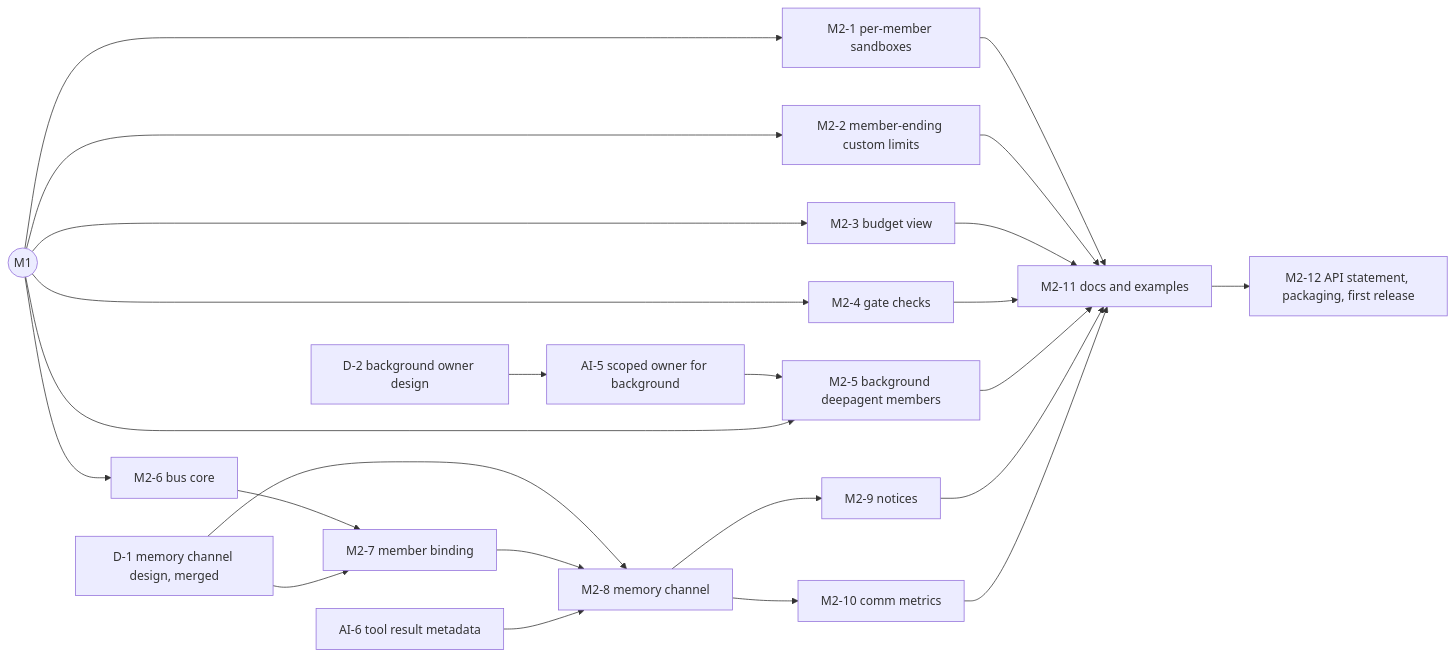
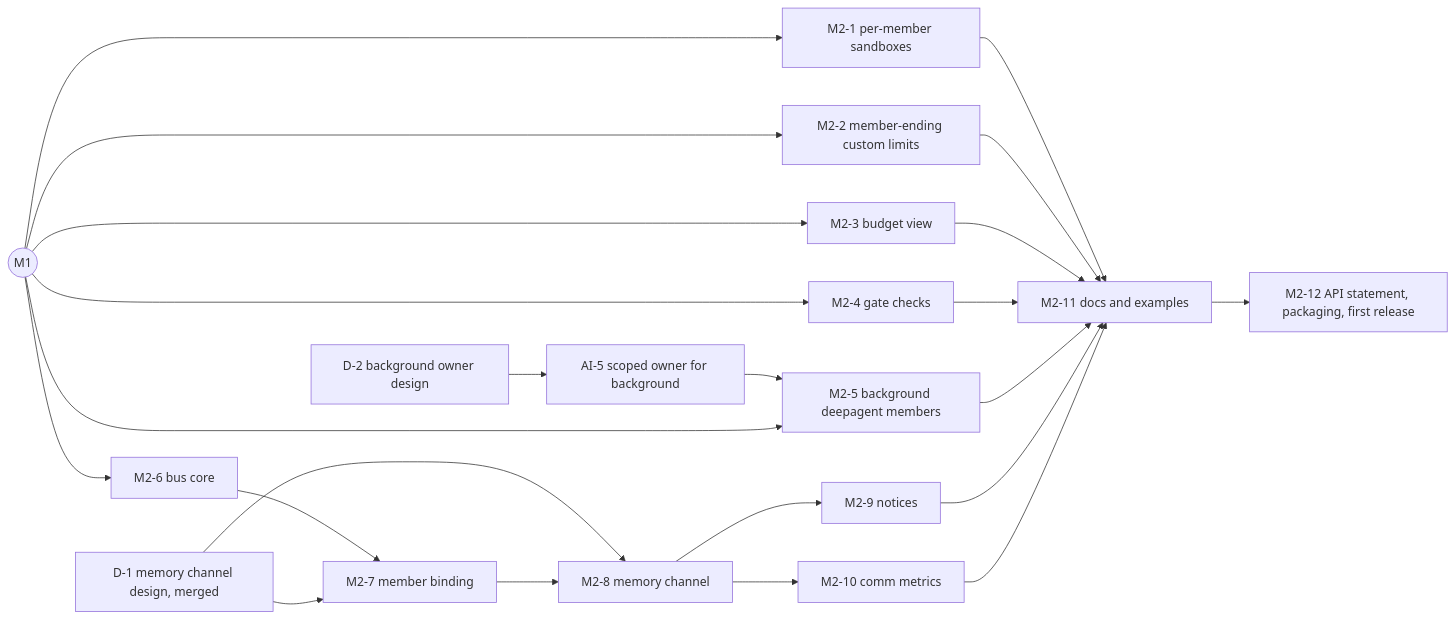
The second of 2 diagrams in design/swarm-implementation-plan.md (meridianlabs-ai/inspect_swarm), drawn with Mermaid before and after one commit. The commit also changed other lines of this file and 5 other files, not shown here.

First line of the commit message:
docs: move read-result metadata out of M2 to the ORBIT port

````diff
--- a/design/swarm-implementation-plan.md
+++ b/design/swarm-implementation-plan.md
@@ -268,20 +268,19 @@
 ```mermaid
 flowchart LR
   M1((M1)) --> M2_1[M2-1 per-member sandboxes]
   M1 --> M2_2[M2-2 member-ending custom limits]
   M1 --> M2_3[M2-3 budget view]
   M1 --> M2_4[M2-4 gate checks]
   D2[D-2 background owner design] --> AI5[AI-5 scoped owner for background]
   AI5 --> M2_5[M2-5 background deepagent members]
   M1 --> M2_5
   M1 --> M2_6[M2-6 bus core]
   M2_6 --> M2_7[M2-7 member binding]
   D1[D-1 memory channel design, merged] --> M2_7
   D1 --> M2_8
   M2_7 --> M2_8[M2-8 memory channel]
   M2_8 --> M2_9[M2-9 notices]
   M2_8 --> M2_10[M2-10 comm metrics]
-  AI6[AI-6 tool result metadata] --> M2_8
   M2_1 & M2_2 & M2_3 & M2_4 & M2_5 & M2_9 & M2_10 --> M2_11[M2-11 docs and examples]
   M2_11 --> M2_12[M2-12 API statement, packaging, first release]
 ```
````
